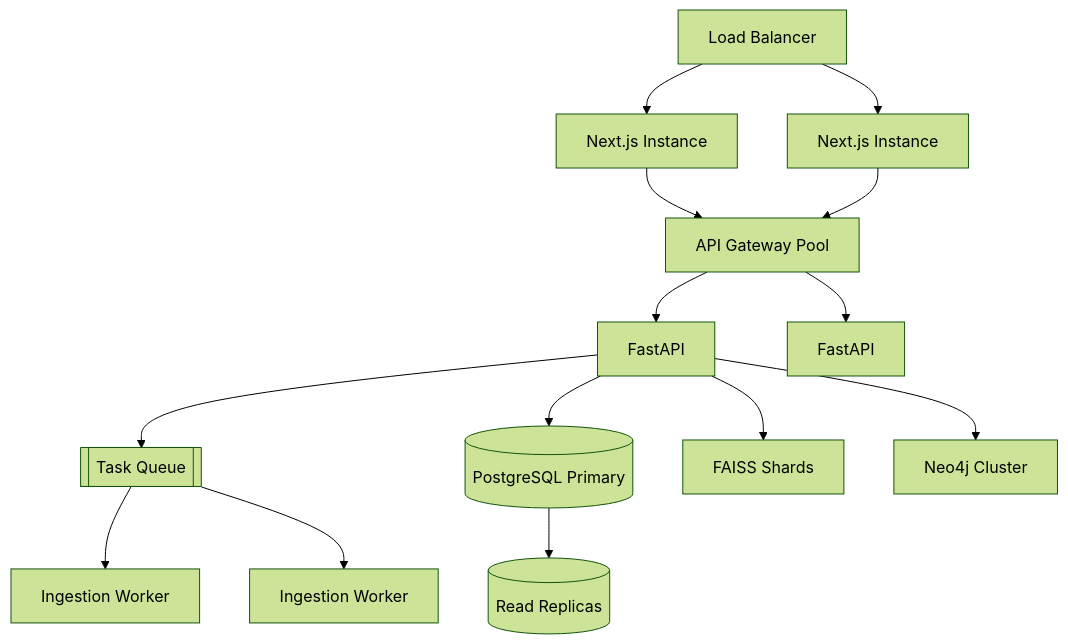
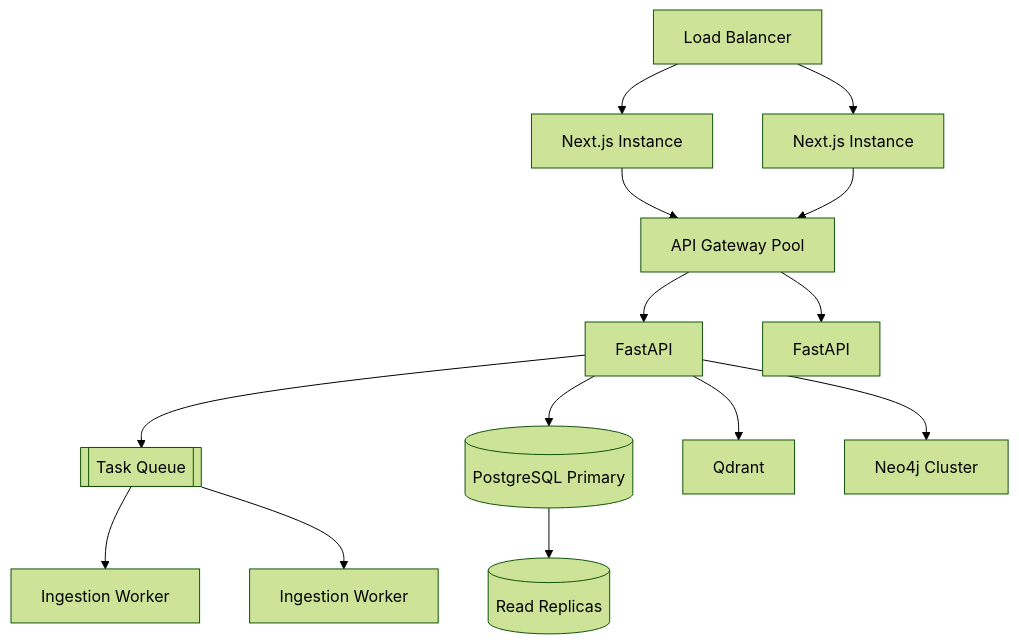
The tenth of 10 diagrams in docs/03_SYSTEM_ARCHITECTURE.md (pratapVansh/TRACE), drawn with Mermaid (forest theme) before and after one commit. The commit also changed other lines of this file and 60 other files, not shown here.

````diff
--- a/docs/03_SYSTEM_ARCHITECTURE.md
+++ b/docs/03_SYSTEM_ARCHITECTURE.md
@@ -351,16 +357,16 @@
 ```mermaid
 flowchart TB
     LB["Load Balancer"] --> FE1["Next.js Instance"]
     LB --> FE2["Next.js Instance"]
     FE1 --> AGW["API Gateway Pool"]
     FE2 --> AGW
     AGW --> API1["FastAPI"]
     AGW --> API2["FastAPI"]
     API1 --> QUEUE[["Task Queue"]]
     QUEUE --> W1["Ingestion Worker"]
     QUEUE --> W2["Ingestion Worker"]
     API1 --> PGRW[("PostgreSQL Primary")]
     PGRW --> PGRO[("Read Replicas")]
-    API1 --> VECS["FAISS Shards"]
+    API1 --> VECS["Qdrant"]
     API1 --> NEOC["Neo4j Cluster"]
 ```
````
